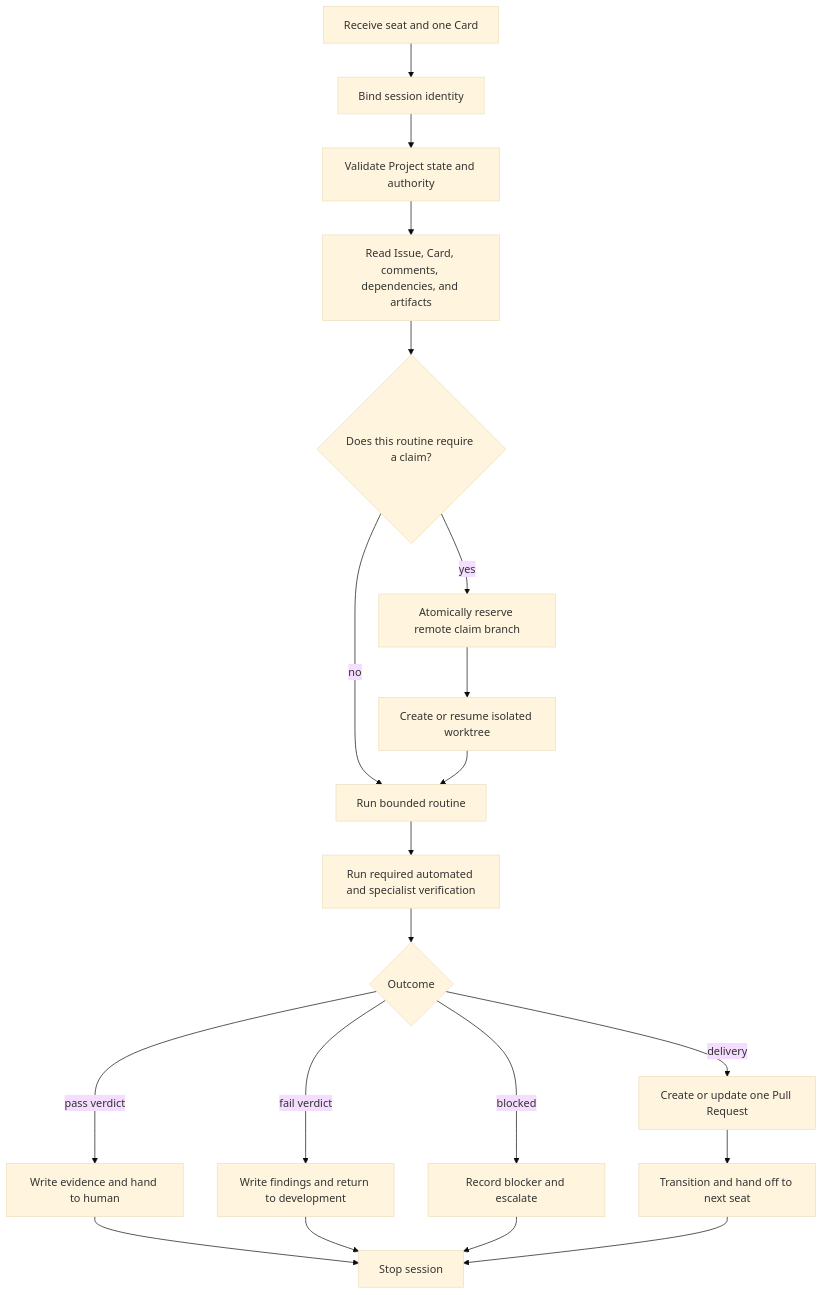
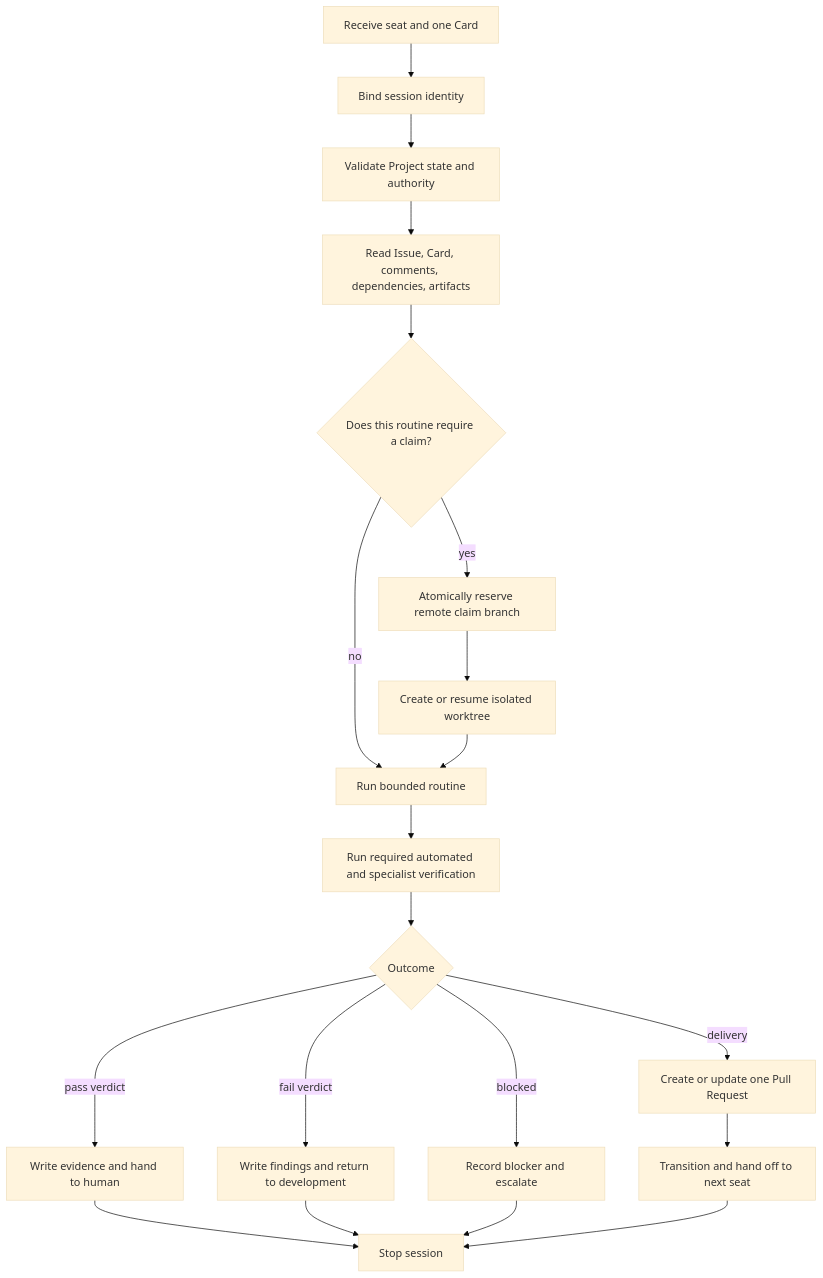
One commit to joanne-09/agent-teams changed the second of 3 diagrams in docs/ARCHITECTURE.md. Above: the diagram before and after it, drawn with Mermaid (base theme). The commit also changed other lines of this file and 9 other files, not shown here.

Commit message:
feat: update architecture doc and their references

````diff
--- a/docs/ARCHITECTURE.md
+++ b/docs/ARCHITECTURE.md
@@ -685,22 +741,22 @@
 ```mermaid
 flowchart TD
     Dispatch[Receive seat and one Card] --> Bind[Bind session identity]
     Bind --> Preflight[Validate Project state and authority]
-    Preflight --> Read[Read Issue, Card, comments, dependencies, and artifacts]
+    Preflight --> Read[Read Issue, Card, comments, dependencies, artifacts]
     Read --> Claim{Does this routine require a claim?}
     Claim -->|yes| Reserve[Atomically reserve remote claim branch]
     Reserve --> Worktree[Create or resume isolated worktree]
     Claim -->|no| Work[Run bounded routine]
     Worktree --> Work
     Work --> Verify[Run required automated and specialist verification]
     Verify --> Outcome{Outcome}
     Outcome -->|delivery| PullRequest[Create or update one Pull Request]
     Outcome -->|pass verdict| Pass[Write evidence and hand to human]
     Outcome -->|fail verdict| Fail[Write findings and return to development]
     Outcome -->|blocked| Blocked[Record blocker and escalate]
     PullRequest --> Handoff[Transition and hand off to next seat]
     Pass --> Stop[Stop session]
     Fail --> Stop
     Blocked --> Stop
     Handoff --> Stop
 ```
````
